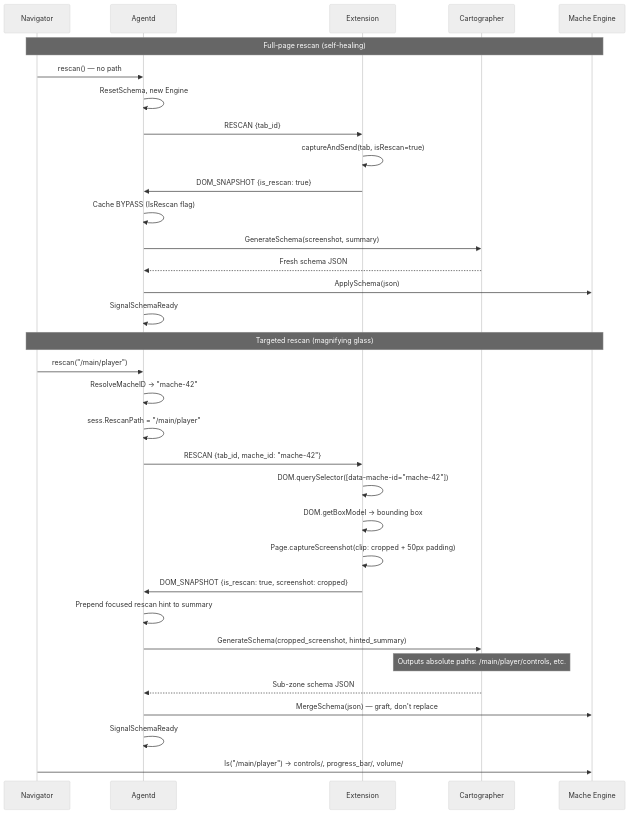
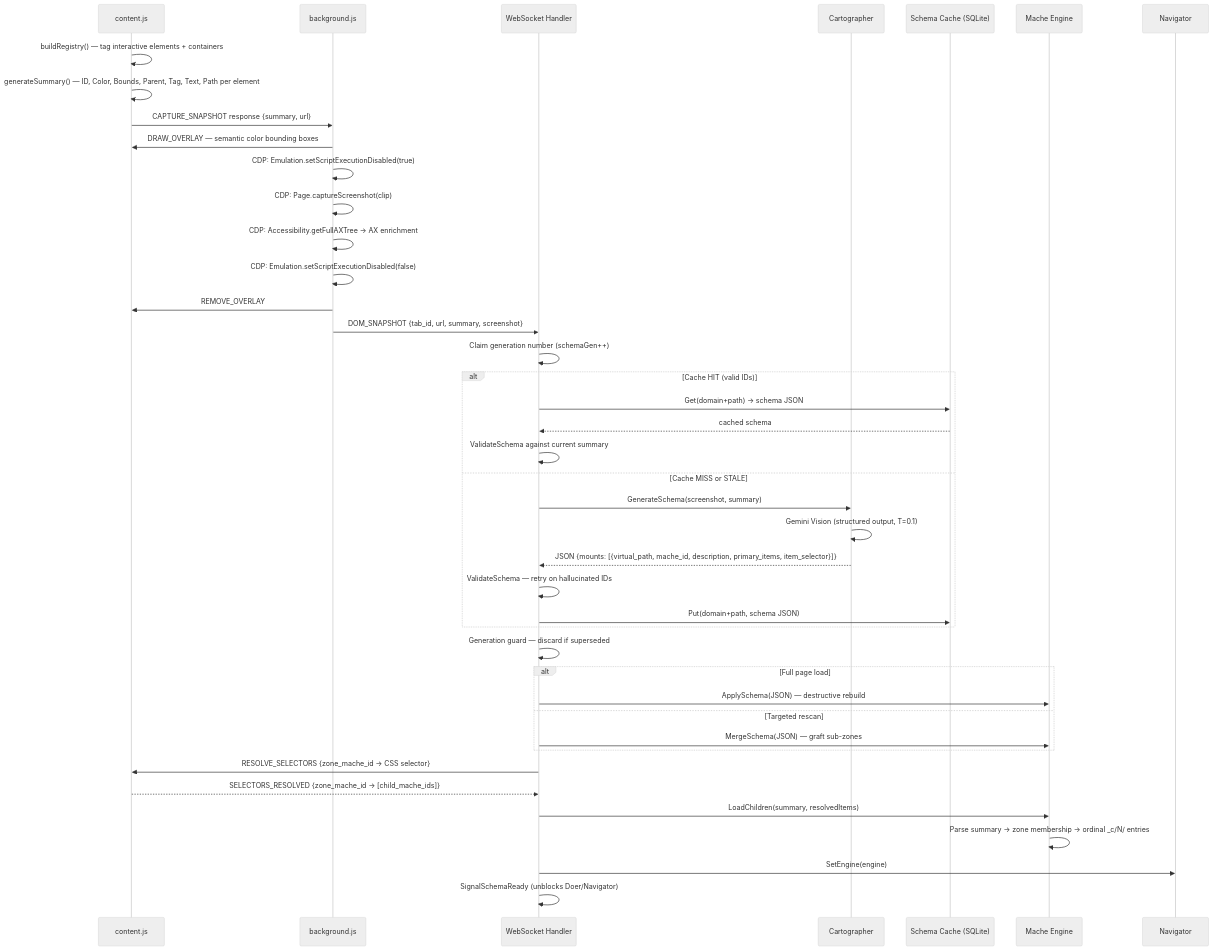
One commit to agentic-research/x-ray changed the third of 8 diagrams in docs/ARCHITECTURE.md. Above: the diagram before and after it, drawn with Mermaid (neutral theme). The commit also changed other lines of this file and 2 other files, not shown here.

First line of the commit message:
docs: Update ARCHITECTURE.md, README quick start, and Taskfile deps

````diff
--- a/docs/ARCHITECTURE.md
+++ b/docs/ARCHITECTURE.md
@@ -205,37 +149,50 @@
 ```mermaid
 sequenceDiagram
-    participant N as Navigator
-    participant A as Agentd
-    participant E as Extension
-    participant C as Cartographer
-    participant M as Mache Engine
+    participant CS as content.js
+    participant BG as background.js
+    participant WS as WebSocket Handler
+    participant Cart as Cartographer
+    participant Cache as Schema Cache (SQLite)
+    participant Eng as Mache Engine
+    participant Nav as Navigator
 
-    Note over N,M: Full-page rescan (self-healing)
-    N->>A: rescan() — no path
-    A->>A: ResetSchema, new Engine
-    A->>E: RESCAN {tab_id}
-    E->>E: captureAndSend(tab, isRescan=true)
-    E->>A: DOM_SNAPSHOT {is_rescan: true}
-    A->>A: Cache BYPASS (IsRescan flag)
-    A->>C: GenerateSchema(screenshot, summary)
-    C-->>A: Fresh schema JSON
-    A->>M: ApplySchema(json)
-    A->>A: SignalSchemaReady
+    CS->>CS: buildRegistry() — tag interactive elements + containers
+    CS->>CS: generateSummary() — ID, Color, Bounds, Parent, Tag, Text, Path per element
+    CS->>BG: CAPTURE_SNAPSHOT response {summary, url}
+    BG->>CS: DRAW_OVERLAY — semantic color bounding boxes
+    BG->>BG: CDP: Emulation.setScriptExecutionDisabled(true)
+    BG->>BG: CDP: Page.captureScreenshot(clip)
+    BG->>BG: CDP: Accessibility.getFullAXTree → AX enrichment
+    BG->>BG: CDP: Emulation.setScriptExecutionDisabled(false)
+    BG->>CS: REMOVE_OVERLAY
+    BG->>WS: DOM_SNAPSHOT {tab_id, url, summary, screenshot}
 
-    Note over N,M: Targeted rescan (magnifying glass)
-    N->>A: rescan("/main/player")
-    A->>A: ResolveMacheID → "mache-42"
-    A->>A: sess.RescanPath = "/main/player"
-    A->>E: RESCAN {tab_id, mache_id: "mache-42"}
-    E->>E: DOM.querySelector([data-mache-id="mache-42"])
-    E->>E: DOM.getBoxModel → bounding box
-    E->>E: Page.captureScreenshot(clip: cropped + 50px padding)
-    E->>A: DOM_SNAPSHOT {is_rescan: true, screenshot: cropped}
-    A->>A: Prepend focused rescan hint to summary
-    A->>C: GenerateSchema(cropped_screenshot, hinted_summary)
-    Note over C: Outputs absolute paths: /main/player/controls, etc.
-    C-->>A: Sub-zone schema JSON
-    A->>M: MergeSchema(json) — graft, don't replace
-    A->>A: SignalSchemaReady
-    N->>M: ls("/main/player") → controls/, progress_bar/, volume/
+    WS->>WS: Claim generation number (schemaGen++)
+
+    alt Cache HIT (valid IDs)
+        WS->>Cache: Get(domain+path) → schema JSON
+        Cache-->>WS: cached schema
+        WS->>WS: ValidateSchema against current summary
+    else Cache MISS or STALE
+        WS->>Cart: GenerateSchema(screenshot, summary)
+        Cart->>Cart: Gemini Vision (structured output, T=0.1)
+        Cart-->>WS: JSON {mounts: [{virtual_path, mache_id, description, primary_items, item_selector}]}
+        WS->>WS: ValidateSchema — retry on hallucinated IDs
+        WS->>Cache: Put(domain+path, schema JSON)
+    end
+
+    WS->>WS: Generation guard — discard if superseded
+
+    alt Full page load
+        WS->>Eng: ApplySchema(JSON) — destructive rebuild
+    else Targeted rescan
+        WS->>Eng: MergeSchema(JSON) — graft sub-zones
+    end
+
+    WS->>CS: RESOLVE_SELECTORS {zone_mache_id → CSS selector}
+    CS-->>WS: SELECTORS_RESOLVED {zone_mache_id → [child_mache_ids]}
+    WS->>Eng: LoadChildren(summary, resolvedItems)
+    Eng->>Eng: Parse summary → zone membership → ordinal _c/N/ entries
+    WS->>Nav: SetEngine(engine)
+    WS->>WS: SignalSchemaReady (unblocks Doer/Navigator)
 ```
````
